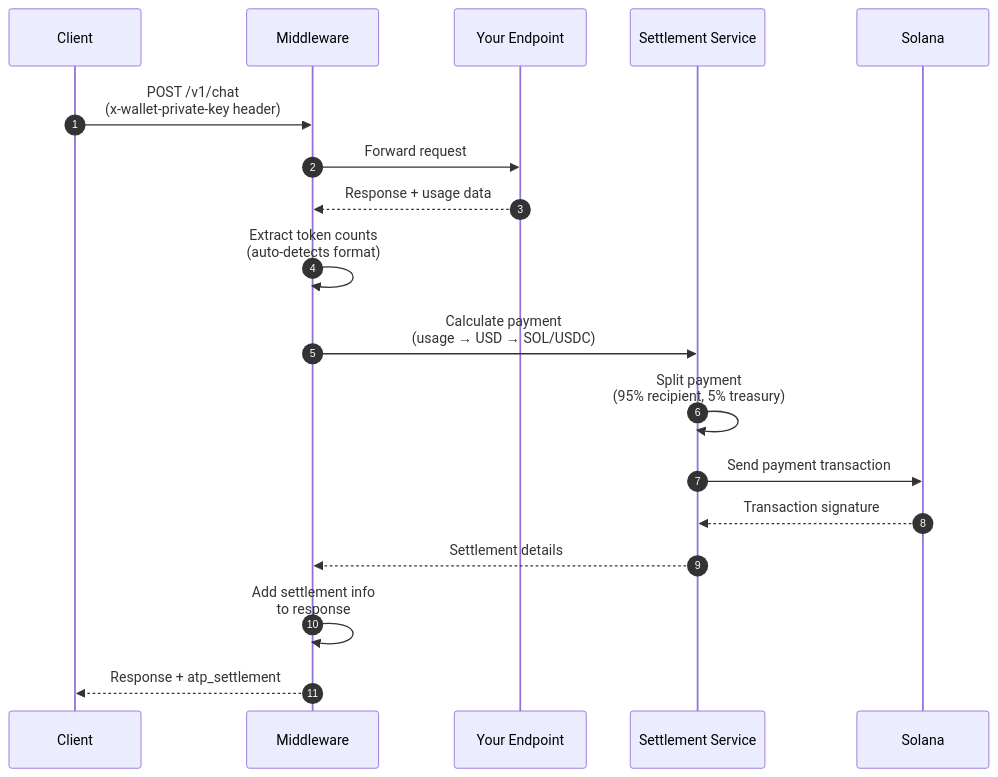
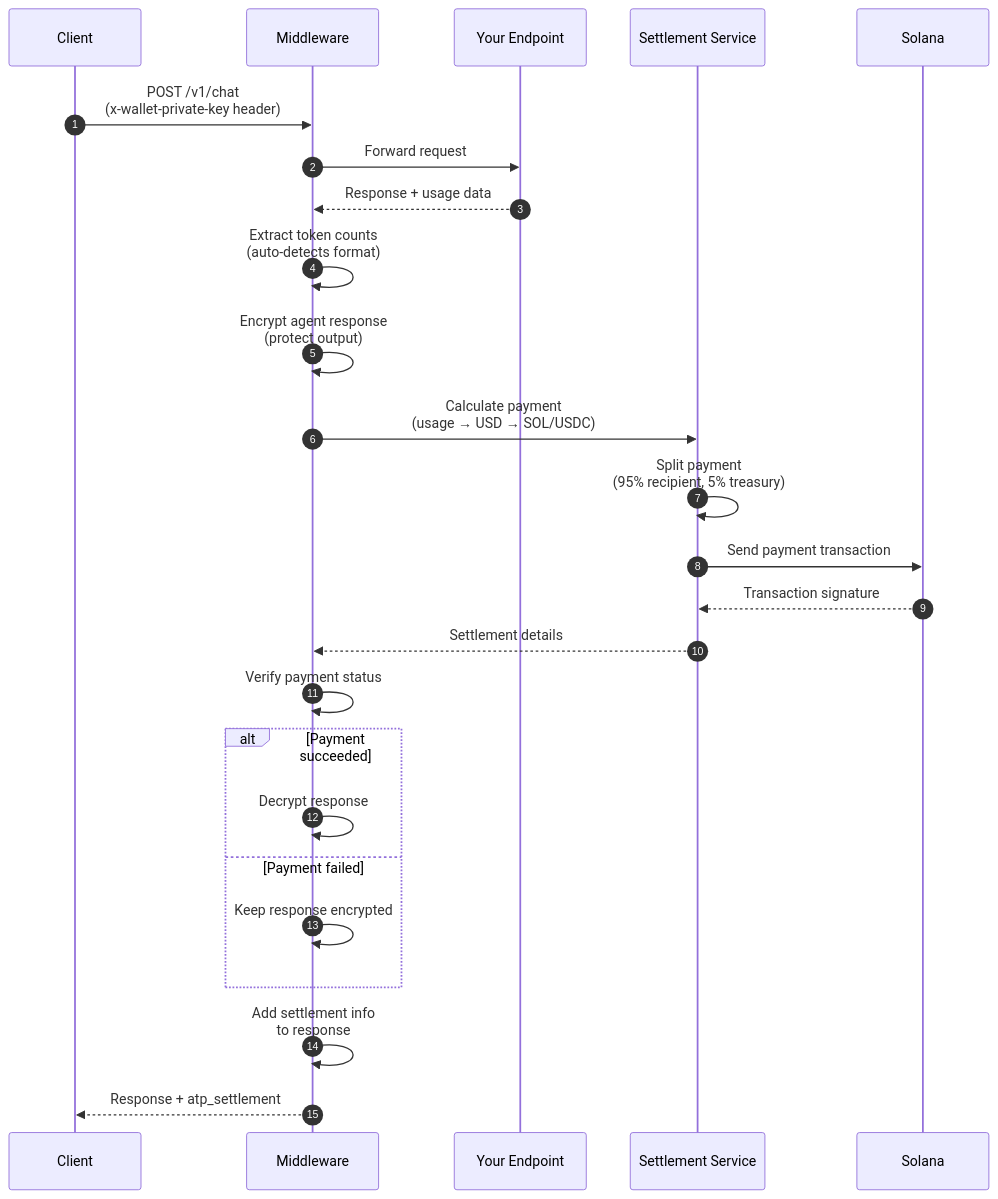
The first of 2 diagrams in README.md (The-Swarm-Corporation/ATP-Protocol), drawn with Mermaid before and after one commit. The commit also changed other lines of this file and 13 other files, not shown here.

````diff
--- a/README.md
+++ b/README.md
@@ -91,21 +108,28 @@
 ```mermaid
 sequenceDiagram
   autonumber
   participant C as Client
   participant M as Middleware
   participant E as Your Endpoint
   participant SS as Settlement Service
   participant S as Solana
 
   C->>M: POST /v1/chat<br/>(x-wallet-private-key header)
   M->>E: Forward request
   E-->>M: Response + usage data
   M->>M: Extract token counts<br/>(auto-detects format)
+  M->>M: Encrypt agent response<br/>(protect output)
   M->>SS: Calculate payment<br/>(usage → USD → SOL/USDC)
   SS->>SS: Split payment<br/>(95% recipient, 5% treasury)
   SS->>S: Send payment transaction
   S-->>SS: Transaction signature
   SS-->>M: Settlement details
+  M->>M: Verify payment status
+  alt Payment succeeded
+    M->>M: Decrypt response
+  else Payment failed
+    M->>M: Keep response encrypted
+  end
   M->>M: Add settlement info<br/>to response
   M-->>C: Response + atp_settlement
 ```
````
